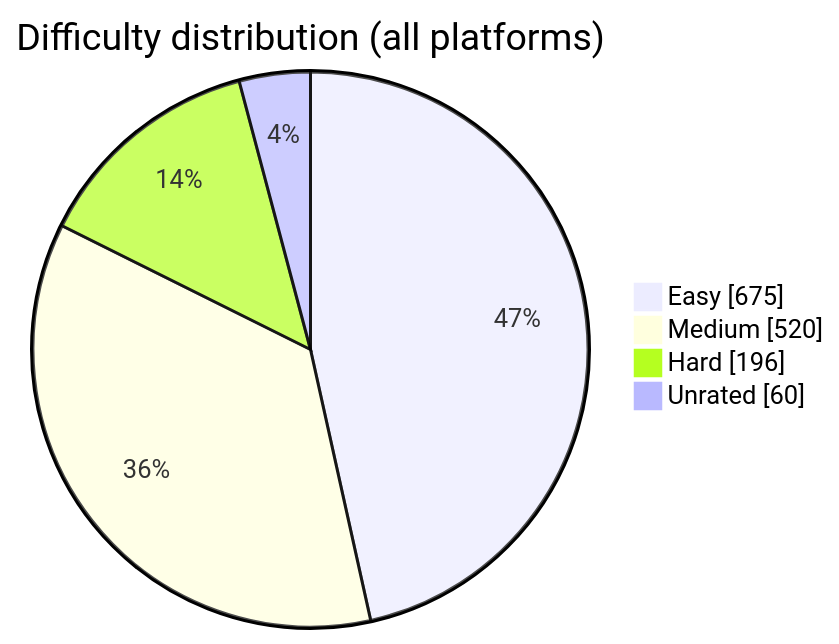
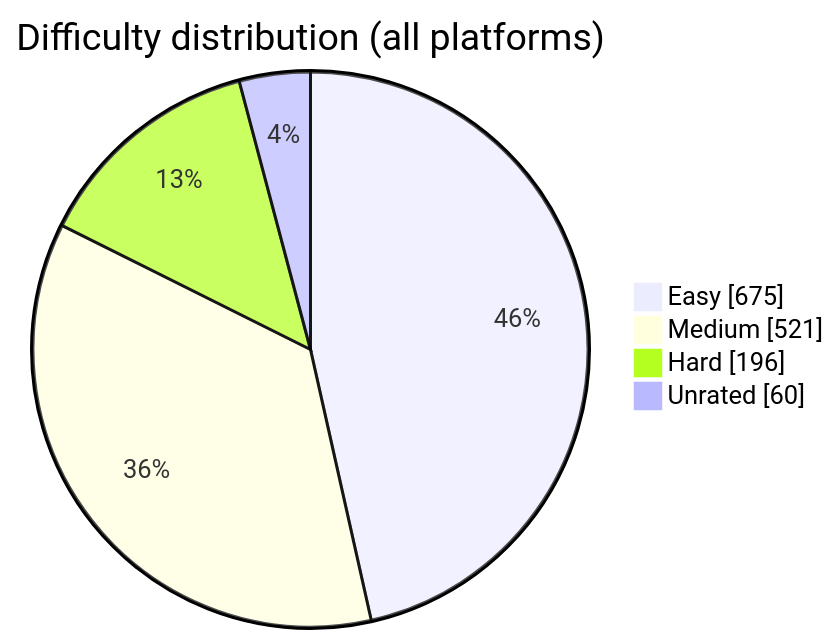
One commit to BuildbyArindam/Daily-Coding-Log changed the diagram in README.md. Above: the diagram before and after it, drawn with Mermaid. The commit also changed other lines of this file, not shown here.

````diff
--- a/README.md
+++ b/README.md
@@ -93,7 +93,7 @@
 ```mermaid
 pie showData title Difficulty distribution (all platforms)
     "Easy" : 675
-    "Medium" : 520
+    "Medium" : 521
     "Hard" : 196
     "Unrated" : 60
 ```
````
